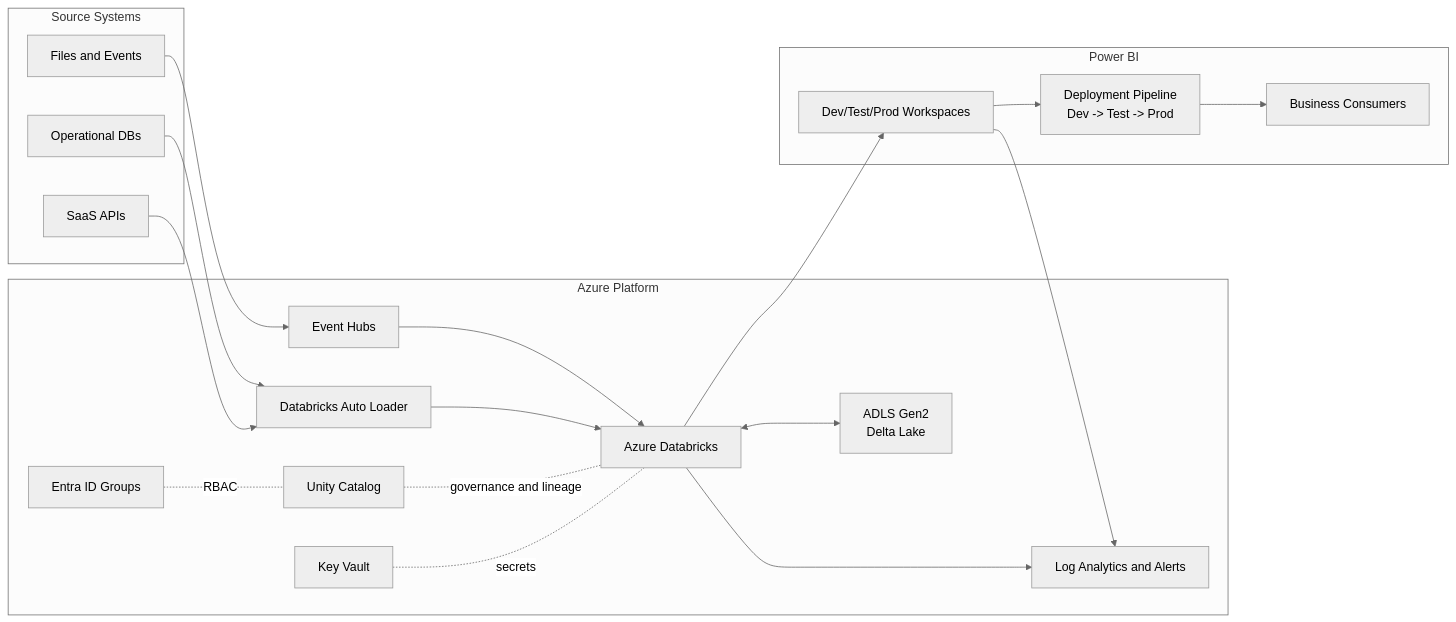
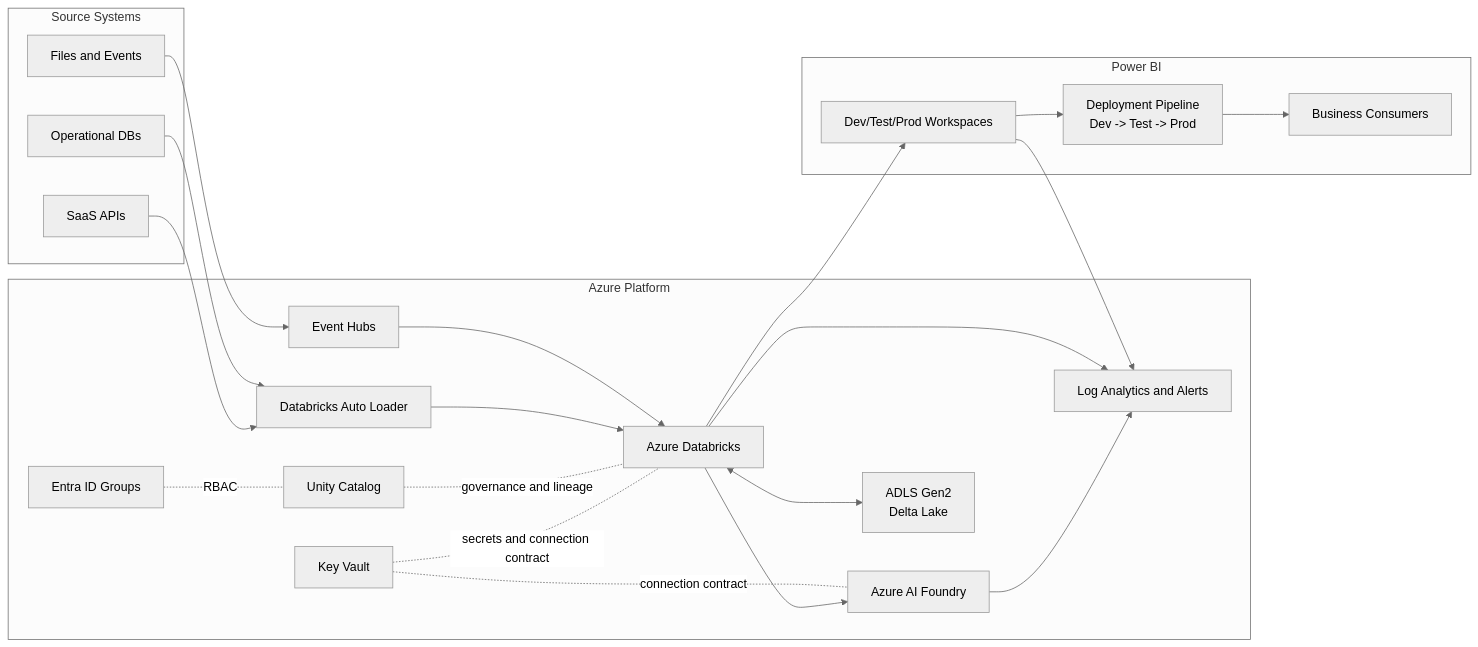
Before and after one commit to espenhk/espenhk-hobby-projects: the first of 4 diagrams in dataplatform-beta/docs/architecture-flow-diagrams.md, drawn with Mermaid (neutral theme). The commit also changed other lines of this file and 52 other files, not shown here.

````diff
--- a/dataplatform-beta/docs/architecture-flow-diagrams.md
+++ b/dataplatform-beta/docs/architecture-flow-diagrams.md
@@ -7,40 +7,44 @@
 ```mermaid
 flowchart LR
   subgraph Sources[Source Systems]
     S1[Operational DBs]
     S2[SaaS APIs]
     S3[Files and Events]
   end
 
   subgraph Azure[Azure Platform]
     EH[Event Hubs]
     AL[Databricks Auto Loader]
     DBX[Azure Databricks]
+    FDRY[Azure AI Foundry]
     UC[Unity Catalog]
     ADLS[ADLS Gen2\nDelta Lake]
     KV[Key Vault]
     LA[Log Analytics and Alerts]
     ENTRA[Entra ID Groups]
   end
 
   subgraph BI[Power BI]
     WS[Dev/Test/Prod Workspaces]
     PIPE[Deployment Pipeline\nDev -> Test -> Prod]
     USERS[Business Consumers]
   end
 
   S1 --> AL
   S2 --> AL
   S3 --> EH
   EH --> DBX
   AL --> DBX
   DBX <--> ADLS
   UC -. governance and lineage .- DBX
-  KV -. secrets .- DBX
+  KV -. secrets and connection contract .- DBX
+  KV -. connection contract .- FDRY
   ENTRA -. RBAC .- UC
+  DBX --> FDRY
   DBX --> WS
   WS --> PIPE
   PIPE --> USERS
   DBX --> LA
+  FDRY --> LA
   WS --> LA
 ```
````
